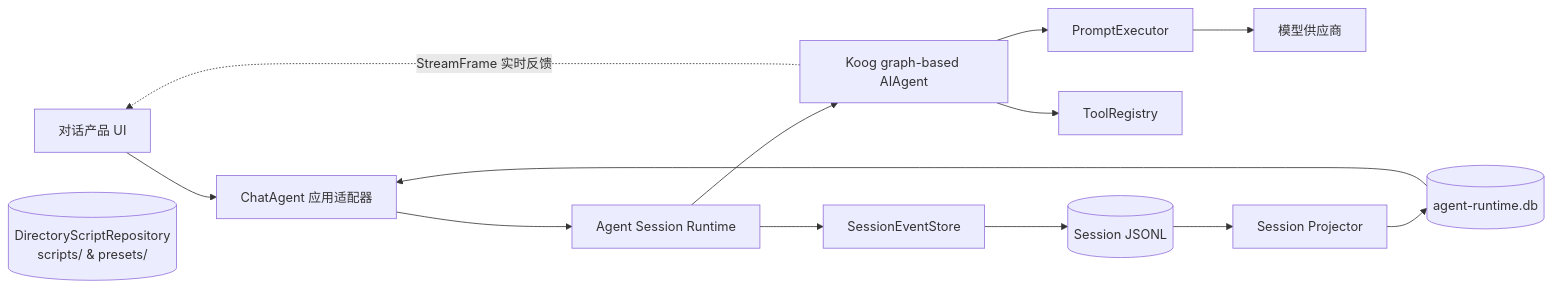
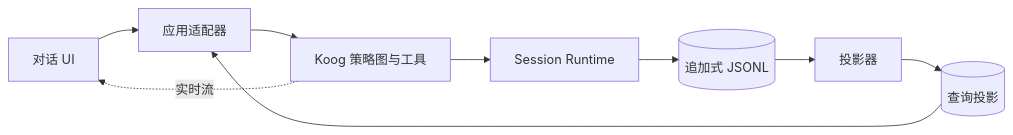
One commit to elonzh/hanppie changed the first of 3 diagrams in docs/agent-runtime-plan.md. Above: the diagram before and after it, drawn with Mermaid. The commit also changed other lines of this file and 13 other files, not shown here.

````diff
--- a/docs/agent-runtime-plan.md
+++ b/docs/agent-runtime-plan.md
@@ -42,16 +9,11 @@
 ```mermaid
 flowchart LR
-    UI[对话产品 UI] --> ADAPTER[ChatAgent 应用适配器]
-    ADAPTER --> RUNTIME[Agent Session Runtime]
-    RUNTIME --> KOOG[Koog graph-based AIAgent]
-    KOOG --> EXECUTOR[PromptExecutor]
-    KOOG --> TOOLS[ToolRegistry]
-    EXECUTOR --> PROVIDER[模型供应商]
-    KOOG -. StreamFrame 实时反馈 .-> UI
-    RUNTIME --> EVENTS[SessionEventStore]
-    EVENTS --> JSONL[(Session JSONL)]
-    JSONL --> PROJECTOR[Session Projector]
-    PROJECTOR --> RUNTIMEDB[(agent-runtime.db)]
-    RUNTIMEDB --> ADAPTER
-    SCRIPTS[(DirectoryScriptRepository<br/>scripts/ & presets/)]
+    UI[对话 UI] --> ADAPTER[应用适配器]
+    ADAPTER --> KOOG[Koog 策略图与工具]
+    KOOG --> RUNTIME[Session Runtime]
+    RUNTIME --> EVENTS[(追加式 JSONL)]
+    EVENTS --> PROJECTOR[投影器]
+    PROJECTOR --> DB[(查询投影)]
+    DB --> ADAPTER
+    KOOG -. 实时流 .-> UI
 ```
````
